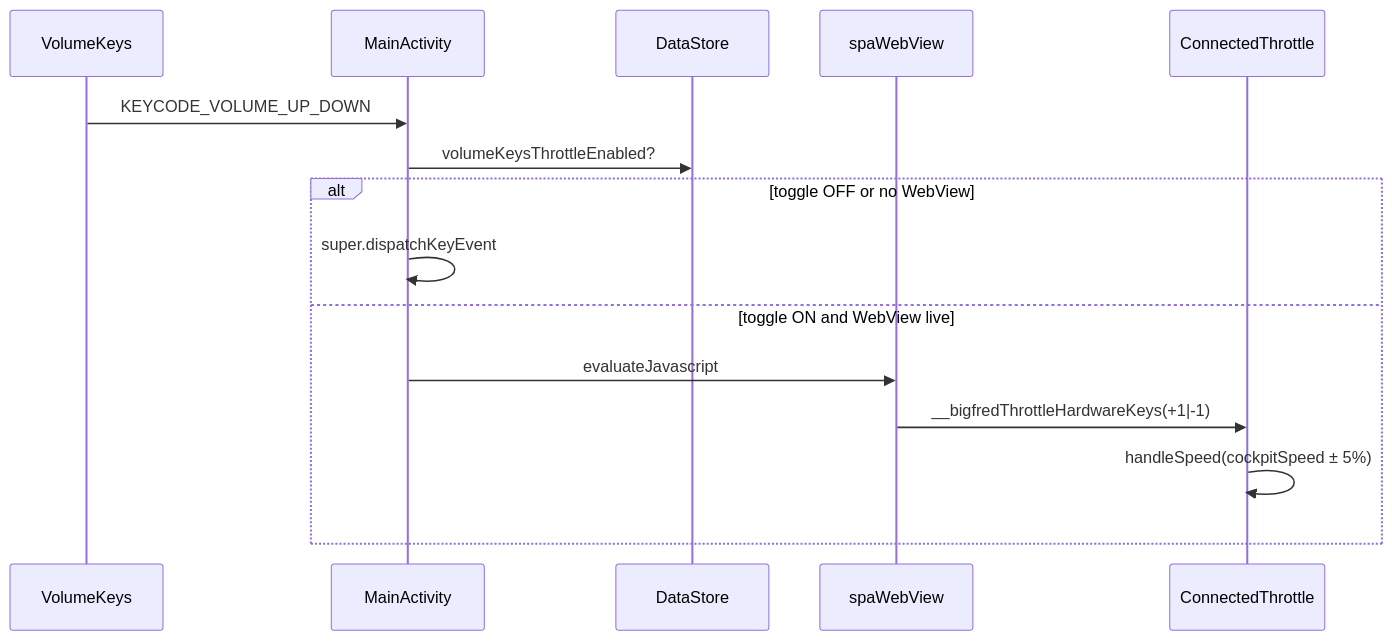
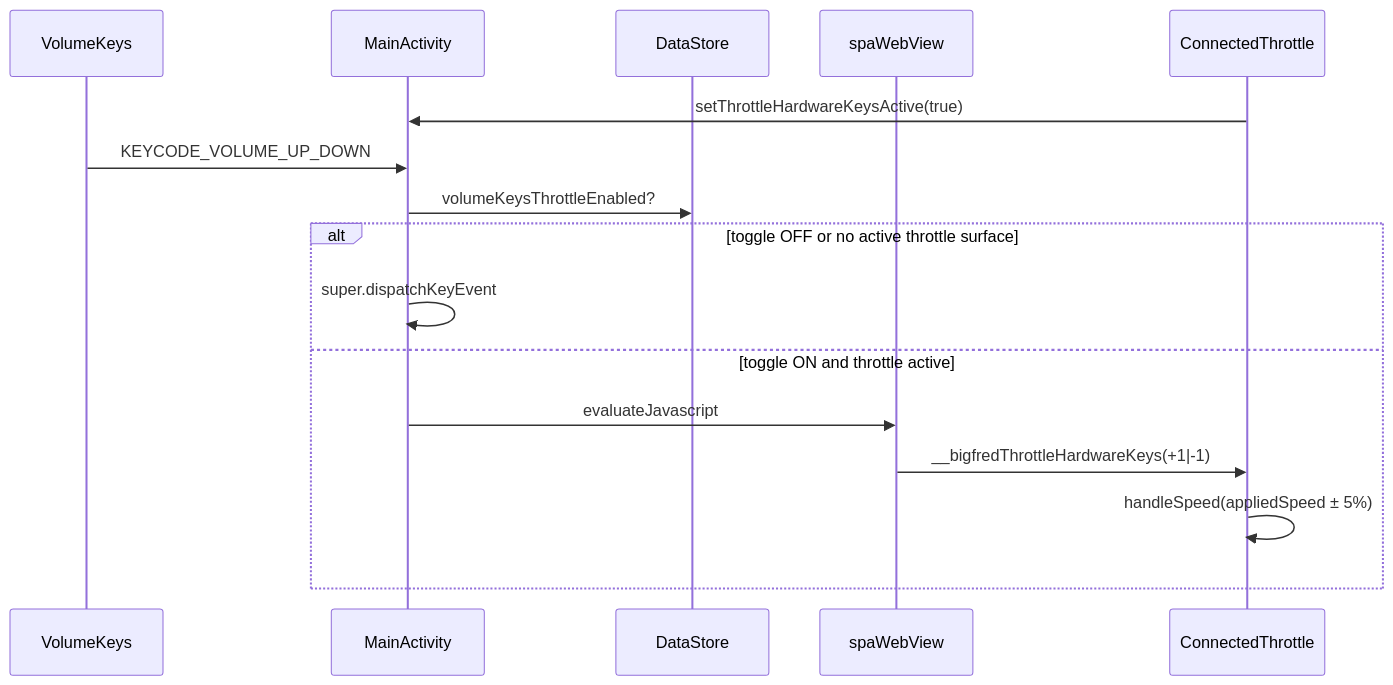
One commit to dcc-bigfred/bigfred-android-client changed the diagram in docs/volume-keys-throttle-plan.md. Above: the diagram before and after it, drawn with Mermaid. The commit also changed other lines of this file and 6 other files, not shown here.

First line of the commit message:
fix(android): claim volume keys only on active throttle

````diff
--- a/docs/volume-keys-throttle-plan.md
+++ b/docs/volume-keys-throttle-plan.md
@@ -29,17 +29,18 @@
 ```mermaid
 sequenceDiagram
   participant HW as VolumeKeys
   participant Act as MainActivity
   participant Pref as DataStore
   participant WV as spaWebView
   participant SPA as ConnectedThrottle
+  SPA->>Act: setThrottleHardwareKeysActive(true)
   HW->>Act: KEYCODE_VOLUME_UP_DOWN
   Act->>Pref: volumeKeysThrottleEnabled?
-  alt toggle OFF or no WebView
+  alt toggle OFF or no active throttle surface
     Act->>Act: super.dispatchKeyEvent
-  else toggle ON and WebView live
+  else toggle ON and throttle active
     Act->>WV: evaluateJavascript
     WV->>SPA: __bigfredThrottleHardwareKeys(+1|-1)
-    SPA->>SPA: handleSpeed(cockpitSpeed ± 5%)
+    SPA->>SPA: handleSpeed(appliedSpeed ± 5%)
   end
 ```
````
